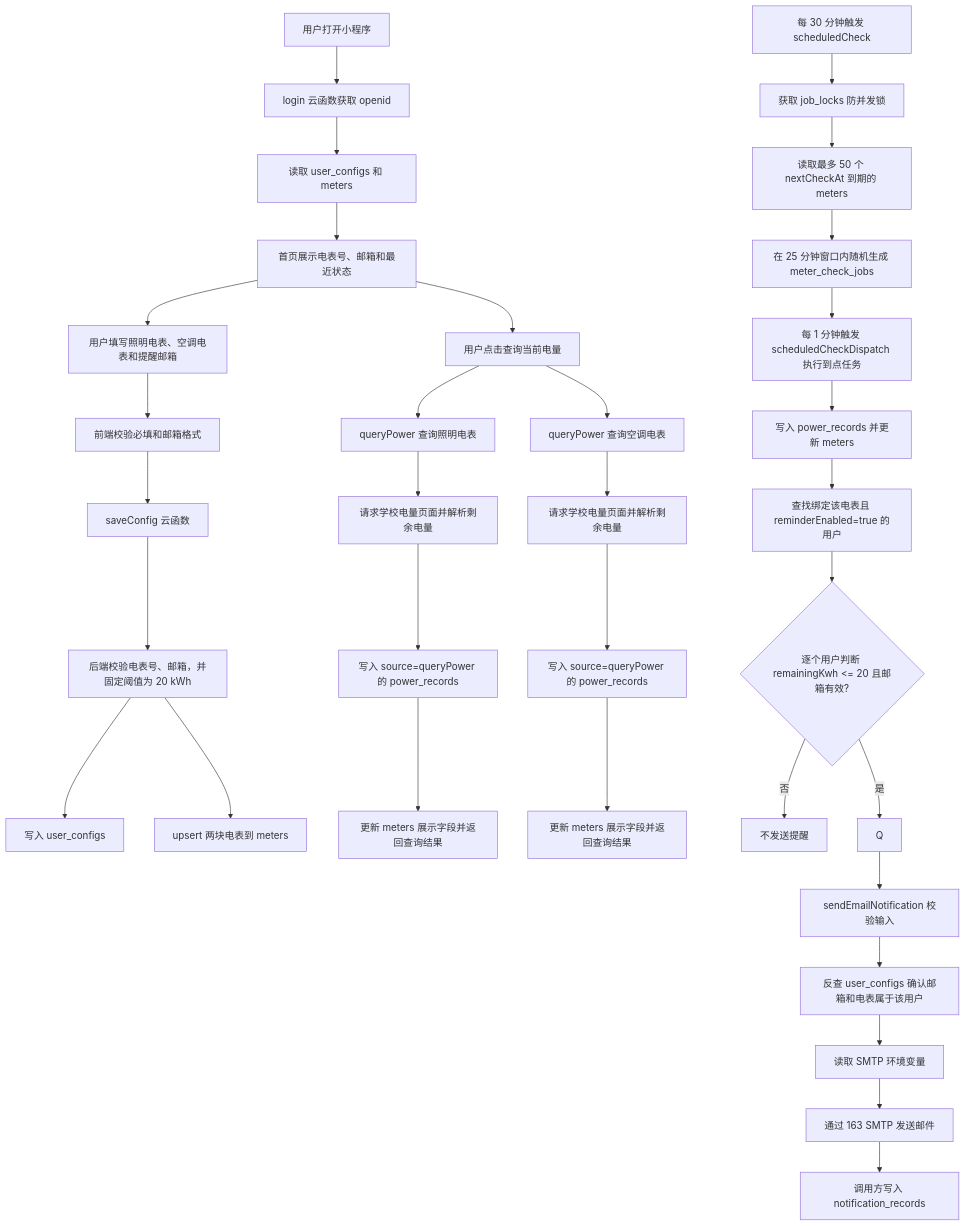
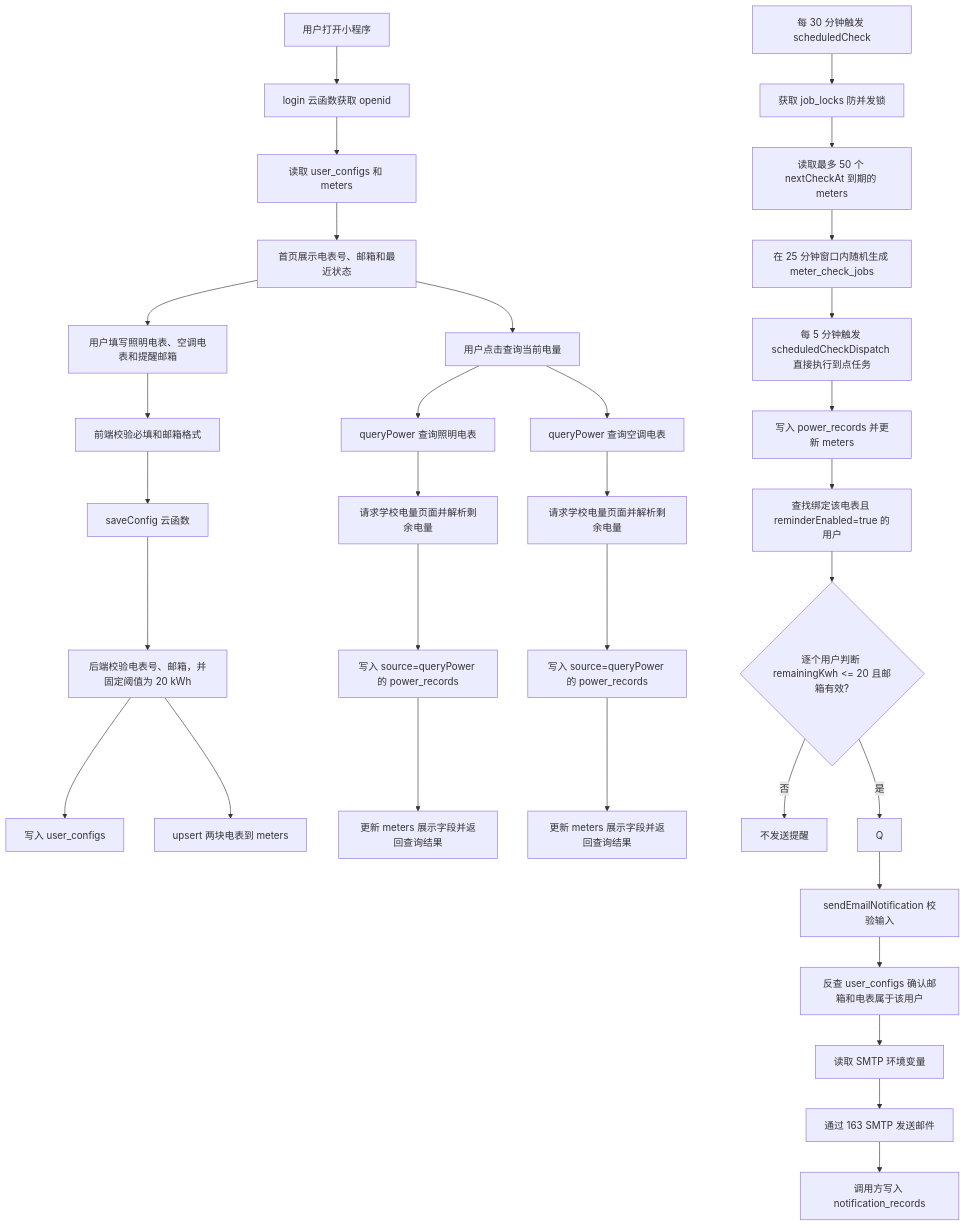
One commit to wtx1717/duaa-power-reminder changed the diagram in docs/logic-flow.md. Above: the diagram before and after it, drawn with Mermaid. The commit also changed other lines of this file and 13 other files, not shown here.

````diff
--- a/docs/logic-flow.md
+++ b/docs/logic-flow.md
@@ -5,39 +5,39 @@
 ```mermaid
 flowchart TD
   A["用户打开小程序"] --> B["login 云函数获取 openid"]
   B --> C["读取 user_configs 和 meters"]
   C --> D["首页展示电表号、邮箱和最近状态"]
 
   D --> E["用户填写照明电表、空调电表和提醒邮箱"]
   E --> F["前端校验必填和邮箱格式"]
   F --> G["saveConfig 云函数"]
   G --> H["后端校验电表号、邮箱，并固定阈值为 20 kWh"]
   H --> I["写入 user_configs"]
   H --> J["upsert 两块电表到 meters"]
 
   D --> K["用户点击查询当前电量"]
   K --> L1["queryPower 查询照明电表"]
   K --> L2["queryPower 查询空调电表"]
   L1 --> M1["请求学校电量页面并解析剩余电量"]
   L2 --> M2["请求学校电量页面并解析剩余电量"]
   M1 --> N1["写入 source=queryPower 的 power_records"]
   M2 --> N2["写入 source=queryPower 的 power_records"]
   N1 --> P1["更新 meters 展示字段并返回查询结果"]
   N2 --> P2["更新 meters 展示字段并返回查询结果"]
 
   R["每 30 分钟触发 scheduledCheck"] --> S["获取 job_locks 防并发锁"]
   S --> T["读取最多 50 个 nextCheckAt 到期的 meters"]
   T --> U["在 25 分钟窗口内随机生成 meter_check_jobs"]
-  U --> V["每 1 分钟触发 scheduledCheckDispatch 执行到点任务"]
+  U --> V["每 5 分钟触发 scheduledCheckDispatch 直接执行到点任务"]
   V --> W["写入 power_records 并更新 meters"]
   W --> X1["查找绑定该电表且 reminderEnabled=true 的用户"]
   X1 --> X{"逐个用户判断 remainingKwh <= 20 且邮箱有效?"}
   X -- "否" --> Y["不发送提醒"]
   X -- "是" --> Q
 
   Q --> Z["sendEmailNotification 校验输入"]
   Z --> AA["反查 user_configs 确认邮箱和电表属于该用户"]
   AA --> AB["读取 SMTP 环境变量"]
   AB --> AC["通过 163 SMTP 发送邮件"]
   AC --> AD["调用方写入 notification_records"]
 ```
````
